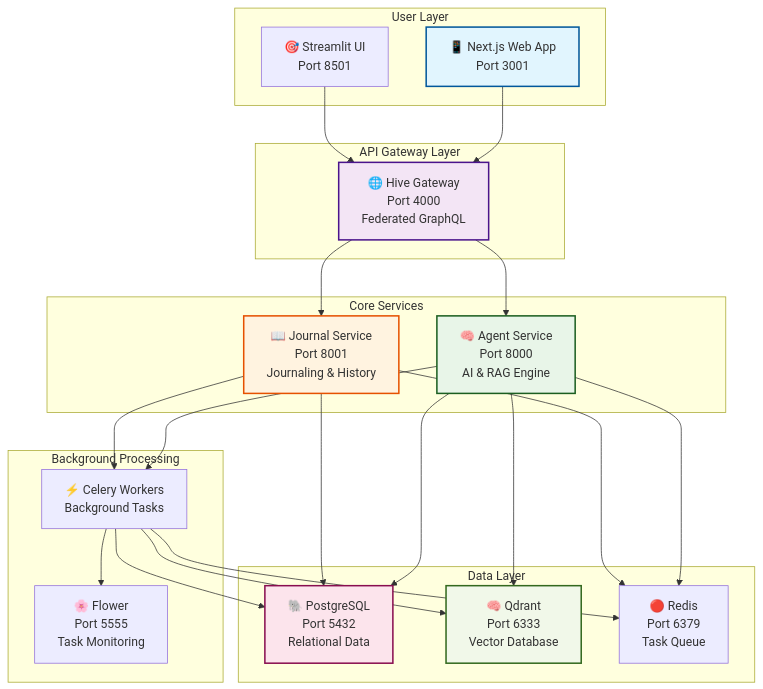
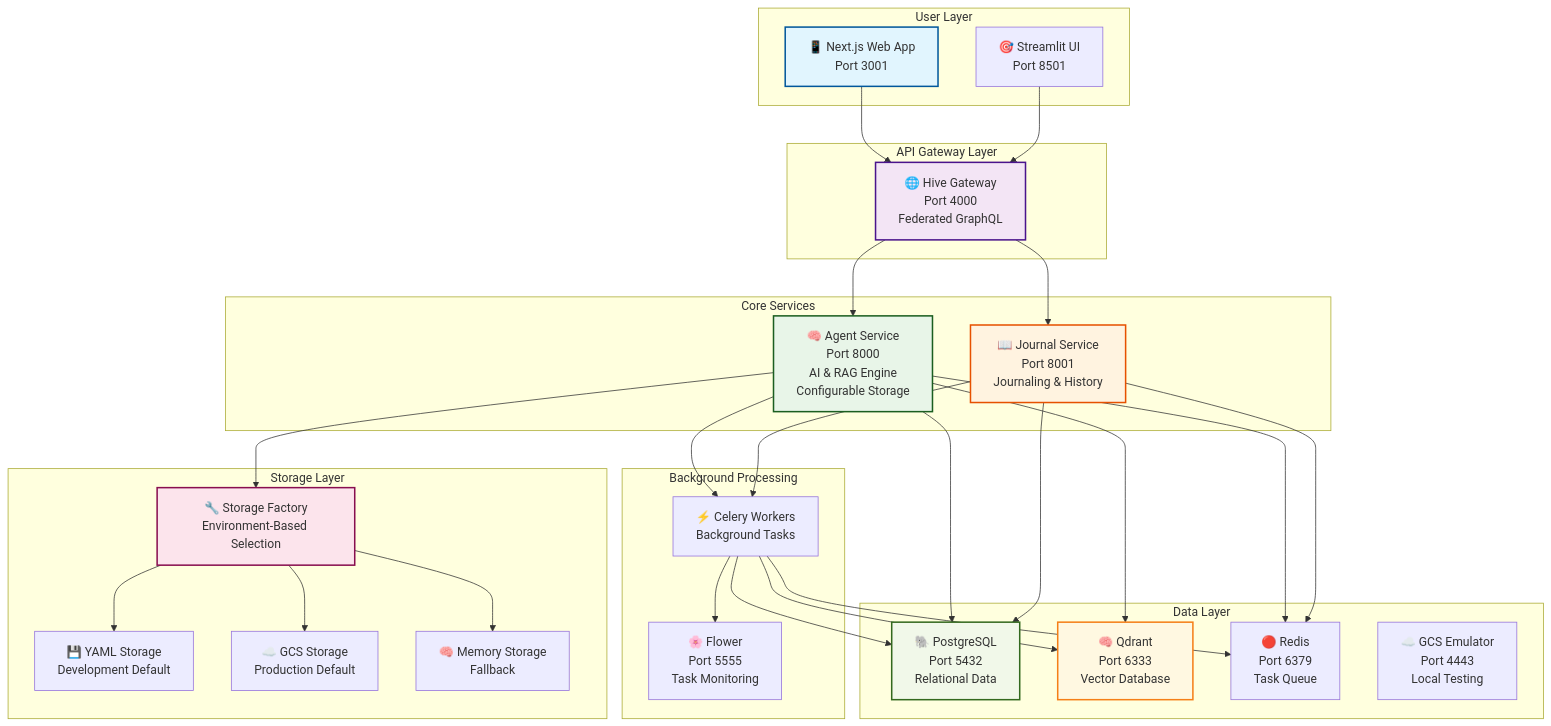
The first of 3 diagrams in README.md (Peleke/MindMirror), drawn with Mermaid before and after one commit. The commit also changed other lines of this file and 10 other files, not shown here.

````diff
--- a/README.md
+++ b/README.md
@@ -120,52 +172,66 @@
 ```mermaid
 graph TB
     subgraph "User Layer"
         A[📱 Next.js Web App<br/>Port 3001] 
         B[🎯 Streamlit UI<br/>Port 8501]
     end
 
     subgraph "API Gateway Layer"
         C[🌐 Hive Gateway<br/>Port 4000<br/>Federated GraphQL]
     end
 
     subgraph "Core Services"
-        D[🧠 Agent Service<br/>Port 8000<br/>AI & RAG Engine]
+        D[🧠 Agent Service<br/>Port 8000<br/>AI & RAG Engine<br/>Configurable Storage]
         E[📖 Journal Service<br/>Port 8001<br/>Journaling & History]
     end
 
     subgraph "Background Processing"
         F[⚡ Celery Workers<br/>Background Tasks]
         G[🌸 Flower<br/>Port 5555<br/>Task Monitoring]
     end
 
+    subgraph "Storage Layer"
+        H[💾 YAML Storage<br/>Development Default]
+        I[☁️ GCS Storage<br/>Production Default]
+        J[🧠 Memory Storage<br/>Fallback]
+        K[🔧 Storage Factory<br/>Environment-Based Selection]
+    end
+
     subgraph "Data Layer"
-        H[🐘 PostgreSQL<br/>Port 5432<br/>Relational Data]
-        I[🧠 Qdrant<br/>Port 6333<br/>Vector Database]
-        J[🔴 Redis<br/>Port 6379<br/>Task Queue]
+        L[🐘 PostgreSQL<br/>Port 5432<br/>Relational Data]
+        M[🧠 Qdrant<br/>Port 6333<br/>Vector Database]
+        N[🔴 Redis<br/>Port 6379<br/>Task Queue]
+        O[☁️ GCS Emulator<br/>Port 4443<br/>Local Testing]
     end
 
     A --> C
     B --> C
     C --> D
     C --> E
     
     D --> F
     E --> F
     F --> G
     
-    D --> H
-    D --> I
-    D --> J
-    E --> H
-    E --> J
-    F --> H
-    F --> I
-    F --> J
+    D --> K
+    K --> H
+    K --> I
+    K --> J
+    
+    D --> L
+    D --> M
+    D --> N
+    E --> L
+    E --> N
+    F --> L
+    F --> M
+    F --> N
 
     style A fill:#e1f5fe,stroke:#01579b,stroke-width:2px
     style C fill:#f3e5f5,stroke:#4a148c,stroke-width:2px
     style D fill:#e8f5e8,stroke:#1b5e20,stroke-width:2px
     style E fill:#fff3e0,stroke:#e65100,stroke-width:2px
-    style H fill:#fce4ec,stroke:#880e4f,stroke-width:2px
-    style I fill:#f1f8e9,stroke:#33691e,stroke-width:2px
+    style K fill:#fce4ec,stroke:#880e4f,stroke-width:2px
+    style L fill:#f1f8e9,stroke:#33691e,stroke-width:2px
+    style M fill:#fff8e1,stroke:#f57f17,stroke-width:2px
 ```
````
